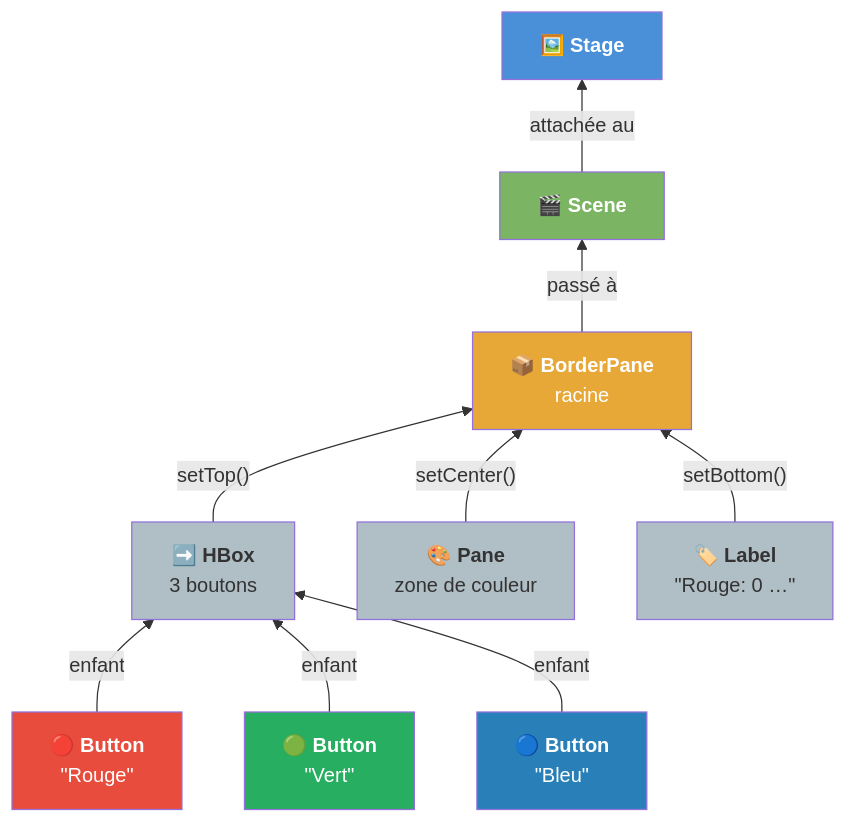
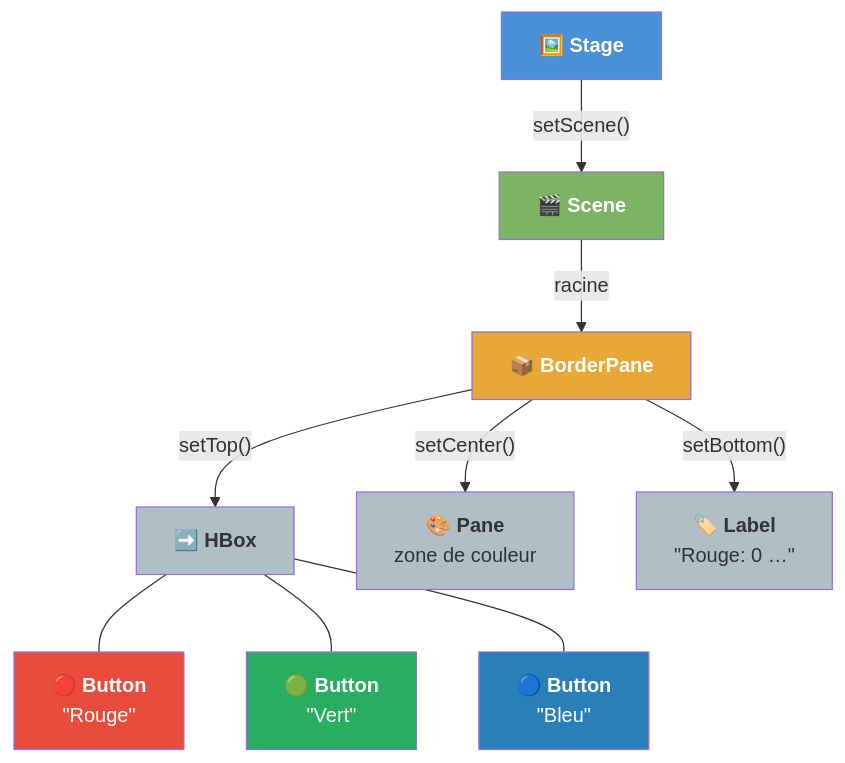
One commit to IUTInfoAix-R202-2026/tp1-Chtioui-1 changed the fifth of 5 diagrams in README.md. Above: the diagram before and after it, drawn with Mermaid.

Commit message:
docs(tp1): améliore le graphe de scène exercice 6 (TD au lieu de BT)
Le graph BT produisait des croisements de flèches avec 6 nœuds
enfants sur deux niveaux. Le passage en graph TD (top-down) donne
un arbre lisible : Stage → Scene → BorderPane → {HBox, Pane, Label}
→ {Rouge, Vert, Bleu}. Les labels d'arêtes indiquent les méthodes
(setTop, setCenter, setBottom, setScene).

````diff
--- a/README.md
+++ b/README.md
@@ -976,21 +976,21 @@
 ```mermaid
-graph BT
-    BR["🔴 <b>Button</b><br/>&quot;Rouge&quot;"] -- "enfant" --> H["➡️ <b>HBox</b><br/>3 boutons"]
-    BV["🟢 <b>Button</b><br/>&quot;Vert&quot;"] -- "enfant" --> H
-    BB["🔵 <b>Button</b><br/>&quot;Bleu&quot;"] -- "enfant" --> H
-    H -- "setTop()" --> BP["📦 <b>BorderPane</b><br/>racine"]
-    Z["🎨 <b>Pane</b><br/>zone de couleur"] -- "setCenter()" --> BP
-    L["🏷️ <b>Label</b><br/>&quot;Rouge: 0 …&quot;"] -- "setBottom()" --> BP
-    BP -- "passé à" --> S["🎬 <b>Scene</b>"]
-    S -- "attachée au" --> ST["🖼️ <b>Stage</b>"]
+graph TD
+    ST["🖼️ <b>Stage</b>"] -->|"setScene()"| S["🎬 <b>Scene</b>"]
+    S -->|"racine"| BP["📦 <b>BorderPane</b>"]
+    BP -->|"setTop()"| H["➡️ <b>HBox</b>"]
+    BP -->|"setCenter()"| Z["🎨 <b>Pane</b><br/>zone de couleur"]
+    BP -->|"setBottom()"| L["🏷️ <b>Label</b><br/>&quot;Rouge: 0 …&quot;"]
+    H --- BR["🔴 <b>Button</b><br/>&quot;Rouge&quot;"]
+    H --- BV["🟢 <b>Button</b><br/>&quot;Vert&quot;"]
+    H --- BB["🔵 <b>Button</b><br/>&quot;Bleu&quot;"]
 
     style ST fill:#4a90d9,color:white
     style S fill:#7bb563,color:white
     style BP fill:#e8a838,color:white
     style H fill:#b0bec5,color:#333
     style Z fill:#b0bec5,color:#333
     style L fill:#b0bec5,color:#333
     style BR fill:#e74c3c,color:white
     style BV fill:#27ae60,color:white
     style BB fill:#2980b9,color:white
 ```
````
